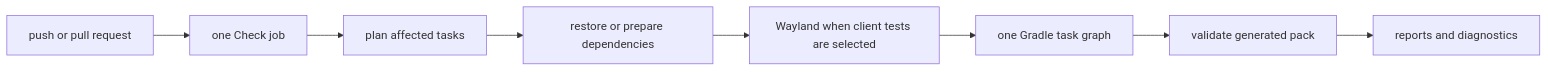
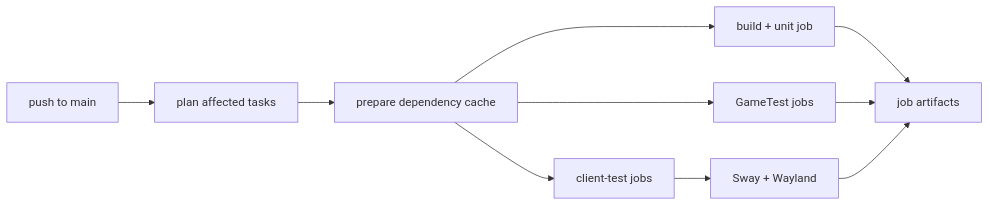
Before and after one commit to bertie-mc/bertie: the second of 2 diagrams in docs/cicd.md, drawn with Mermaid. The commit also changed other lines of this file and 10 other files, not shown here.

Commit message:
refactor(ci): split Minecraft tests across jobs

````diff
--- a/docs/cicd.md
+++ b/docs/cicd.md
@@ -108,10 +108,11 @@
 ```mermaid
 flowchart LR
-    E["push or pull request"] --> J["one Check job"]
-    J --> P["plan affected tasks"]
-    P --> D["restore or prepare dependencies"]
-    D --> W["Wayland when client tests are selected"]
-    W --> G["one Gradle task graph"]
-    G --> V["validate generated pack"]
-    V --> R["reports and diagnostics"]
+    E["push to main"] --> P["plan affected tasks"]
+    P --> D["prepare dependency cache"]
+    D --> B["build + unit job"]
+    D --> G["GameTest jobs"]
+    D --> C["client-test jobs"]
+    B --> R["job artifacts"]
+    G --> R
+    C --> W["Sway + Wayland"] --> R
 ```
````
